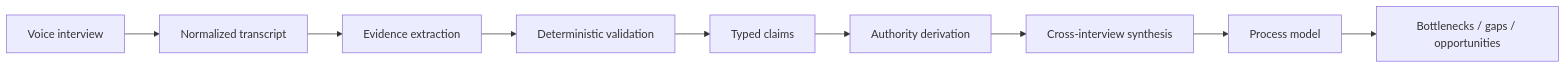
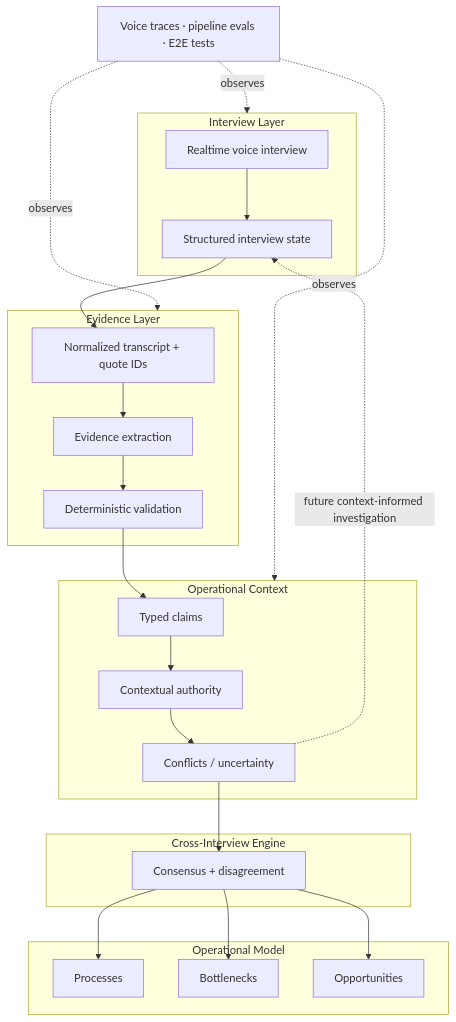
Before and after one commit to isidropasman/plexo-engineering: the diagram in docs/architecture.md, drawn with Mermaid. The commit also changed other lines of this file, not shown here.

Commit message:
docs: reframe architecture as feedback system

````diff
--- a/docs/architecture.md
+++ b/docs/architecture.md
@@ -9,11 +9,44 @@
 ```mermaid
-flowchart LR
-    A[Voice interview] --> B[Normalized transcript]
-    B --> C[Evidence extraction]
-    C --> D[Deterministic validation]
-    D --> E[Typed claims]
-    E --> F[Authority derivation]
-    F --> G[Cross-interview synthesis]
-    G --> H[Process model]
-    H --> I[Bottlenecks / gaps / opportunities]
+flowchart TD
+    subgraph Interview[Interview Layer]
+      V[Realtime voice interview]
+      IS[Structured interview state]
+      V --> IS
+    end
+
+    subgraph Evidence[Evidence Layer]
+      N[Normalized transcript + quote IDs]
+      EX[Evidence extraction]
+      DV[Deterministic validation]
+      N --> EX --> DV
+    end
+
+    subgraph Context[Operational Context]
+      TC[Typed claims]
+      AU[Contextual authority]
+      CO[Conflicts / uncertainty]
+      TC --> AU --> CO
+    end
+
+    subgraph Synthesis[Cross-Interview Engine]
+      CS[Consensus + disagreement]
+    end
+
+    subgraph Model[Operational Model]
+      PR[Processes]
+      BO[Bottlenecks]
+      OPP[Opportunities]
+    end
+
+    IS --> N
+    DV --> TC
+    CO --> CS
+    CS --> PR
+    CS --> BO
+    CS --> OPP
+    CO -. future context-informed investigation .-> IS
+
+    EV[Voice traces · pipeline evals · E2E tests] -. observes .-> Interview
+    EV -. observes .-> Evidence
+    EV -. observes .-> Context
 ```
````
